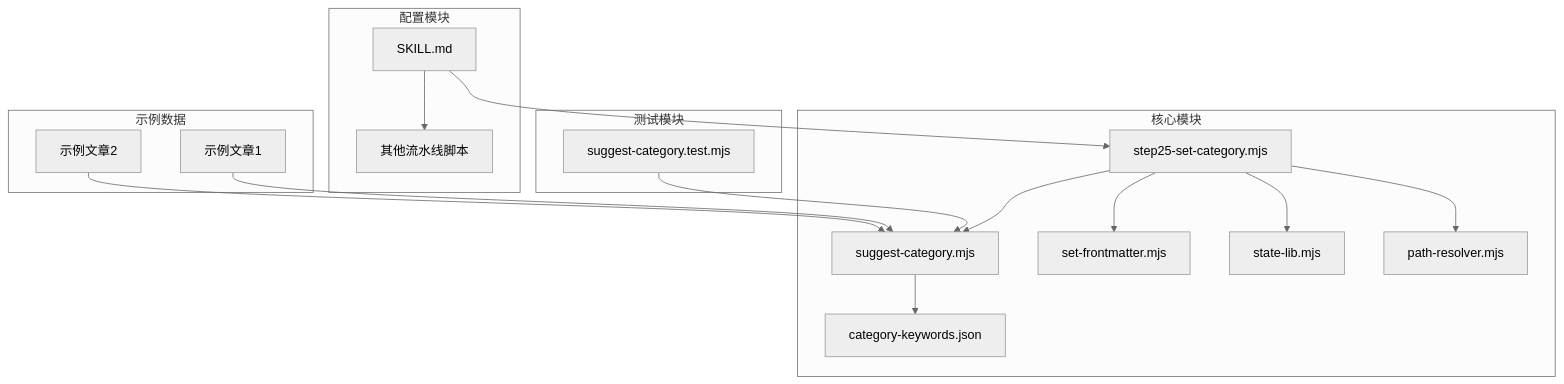
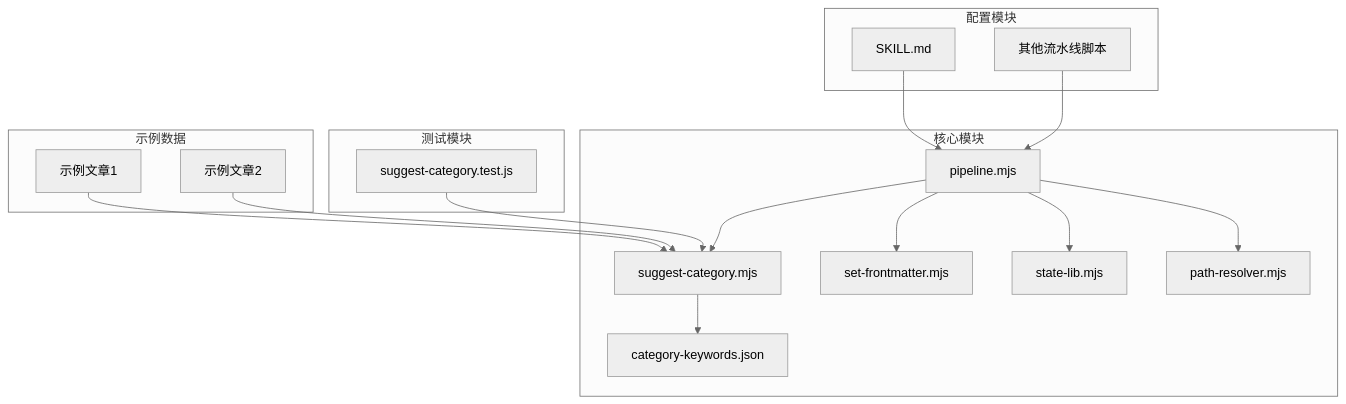
One commit to NTLx/ntlx.github.io changed the sixth of 7 diagrams in .qoder/repowiki/zh/content/AI 技能系统/发布自动化技能/微信文章写作管线/分类关键词系统.md. Above: the diagram before and after it, drawn with Mermaid (neutral theme). The commit also changed other lines of this file and 10 other files, not shown here.

````diff
--- a/.qoder/repowiki/zh/content/AI 技能系统/发布自动化技能/微信文章写作管线/分类关键词系统.md
+++ b/.qoder/repowiki/zh/content/AI 技能系统/发布自动化技能/微信文章写作管线/分类关键词系统.md
@@ -262,21 +269,21 @@
 ```mermaid
 graph TB
 subgraph "核心模块"
 A[suggest-category.mjs] --> B[category-keywords.json]
-C[step25-set-category.mjs] --> A
+C[pipeline.mjs] --> A
 C --> D[set-frontmatter.mjs]
 C --> E[state-lib.mjs]
 C --> F[path-resolver.mjs]
 end
 subgraph "测试模块"
-G[suggest-category.test.mjs] --> A
+G[suggest-category.test.js] --> A
 end
 subgraph "配置模块"
 H[SKILL.md] --> C
-H --> I[其他流水线脚本]
+I[其他流水线脚本] --> C
 end
 subgraph "示例数据"
 J[示例文章1] --> A
 K[示例文章2] --> A
 end
 ```
````
